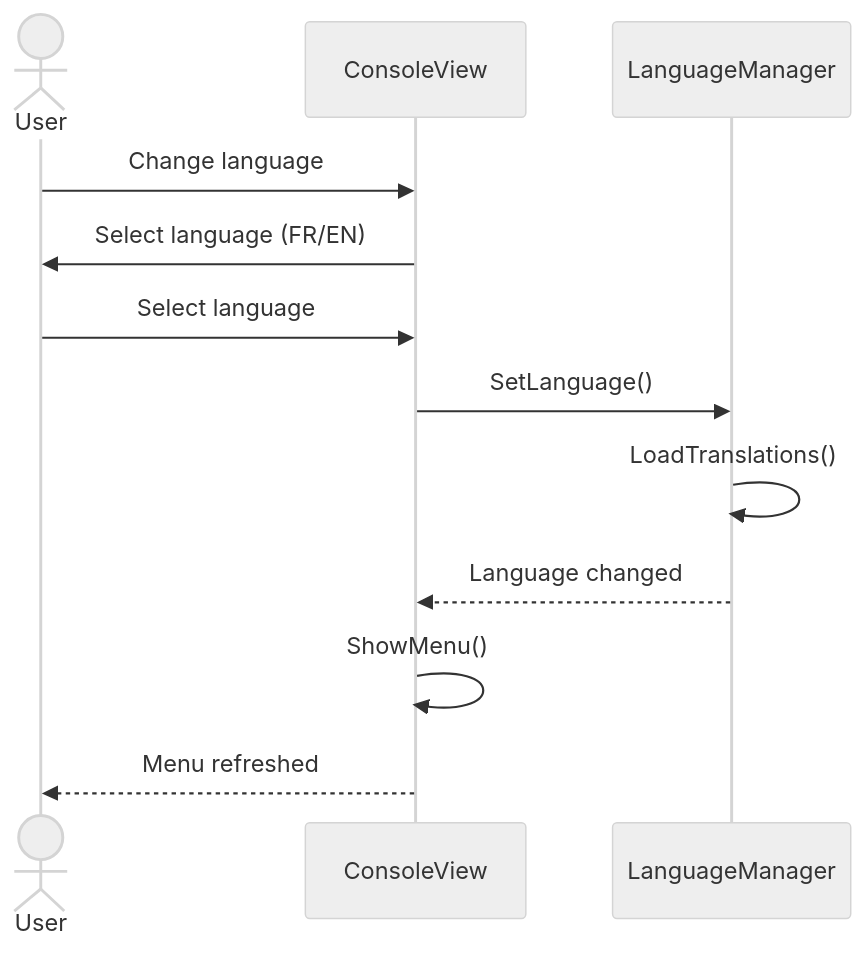
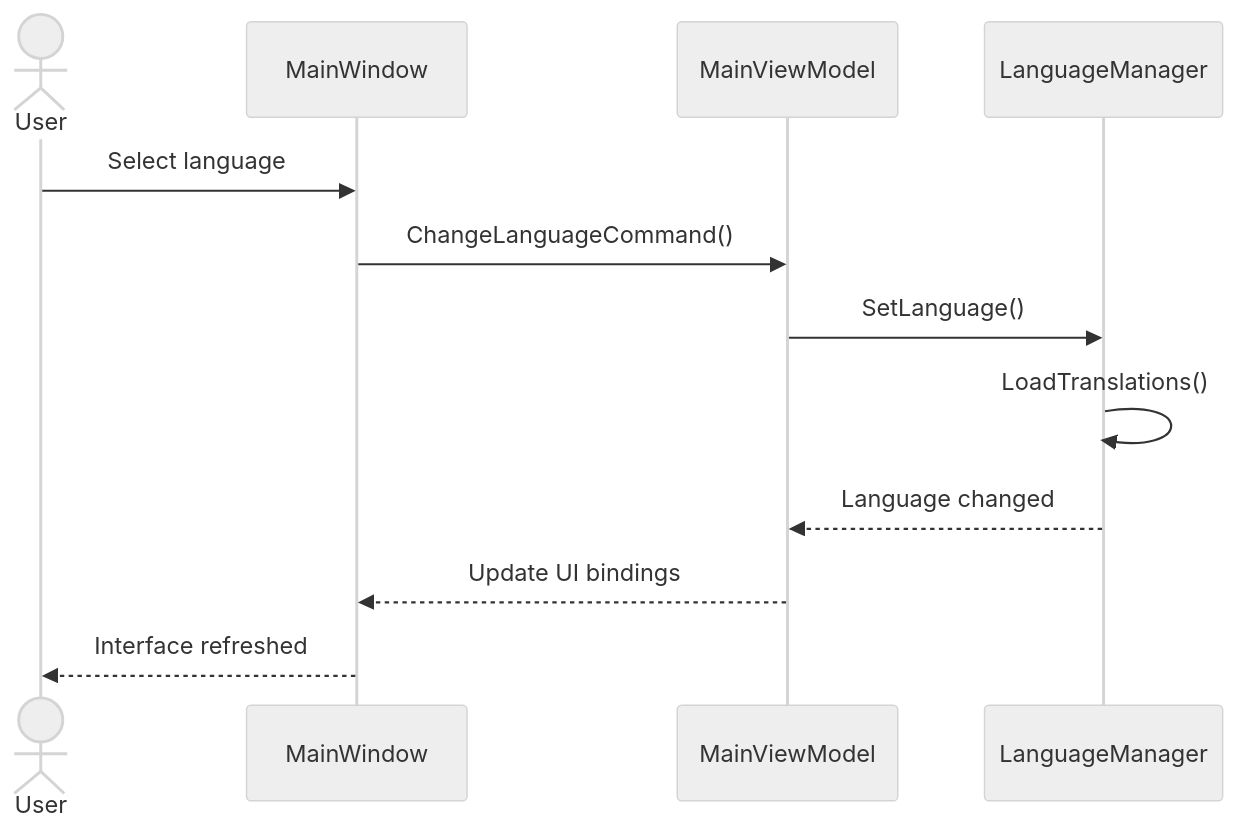
One commit to Groupe1-Prosoft/EasySave changed the sixth of 8 diagrams in Diagrams/UML.md. Above: the diagram before and after it, drawn with Mermaid (neutral theme). The commit also changed other lines of this file, not shown here.

First line of the commit message:
Revise UML diagrams for EasySave 2.0

````diff
--- a/Diagrams/UML.md
+++ b/Diagrams/UML.md
@@ -285,17 +337,17 @@
 ```mermaid
 sequenceDiagram
     actor User
-    participant ConsoleView
+    participant MainWindow
+    participant MainViewModel
     participant LanguageManager
 
-    User->>ConsoleView: Change language
-    ConsoleView->>User: Select language (FR/EN)
-    User->>ConsoleView: Select language
+    User->>MainWindow: Select language
+    MainWindow->>MainViewModel: ChangeLanguageCommand()
 
-    ConsoleView->>LanguageManager: SetLanguage()
+    MainViewModel->>LanguageManager: SetLanguage()
     LanguageManager->>LanguageManager: LoadTranslations()
-    LanguageManager-->>ConsoleView: Language changed
+    LanguageManager-->>MainViewModel: Language changed
 
-    ConsoleView->>ConsoleView: ShowMenu()
-    ConsoleView-->>User: Menu refreshed
+    MainViewModel-->>MainWindow: Update UI bindings
+    MainWindow-->>User: Interface refreshed
 ```
````
